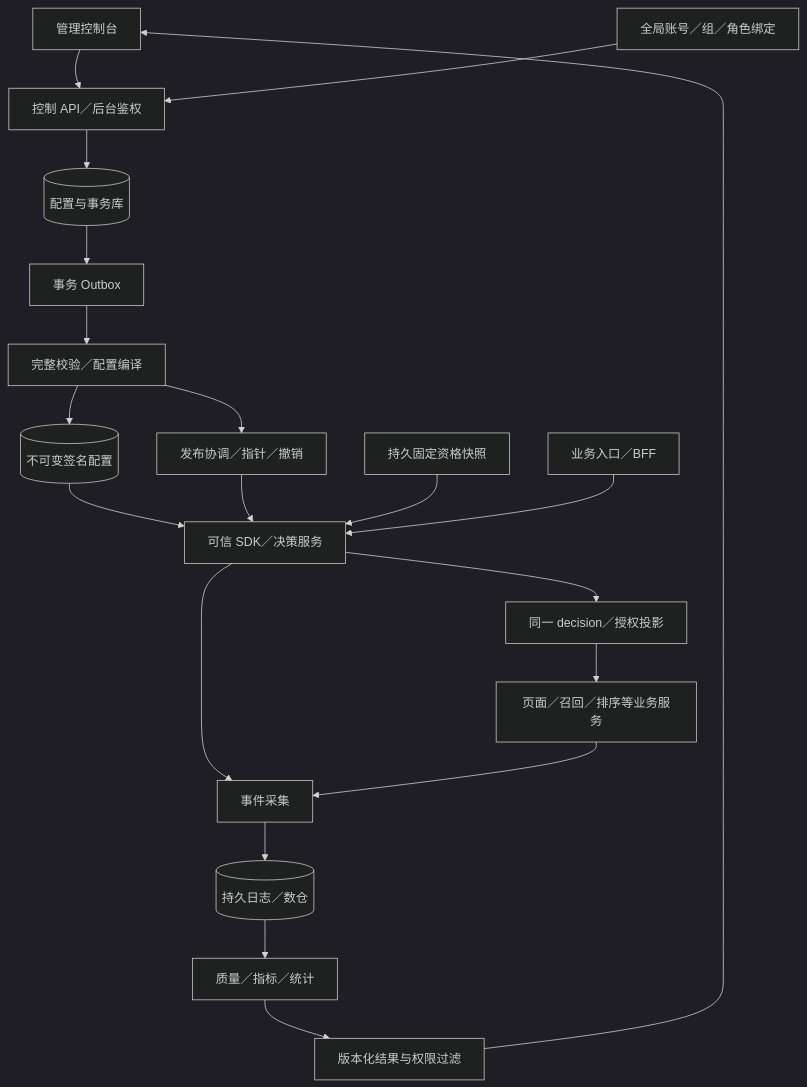
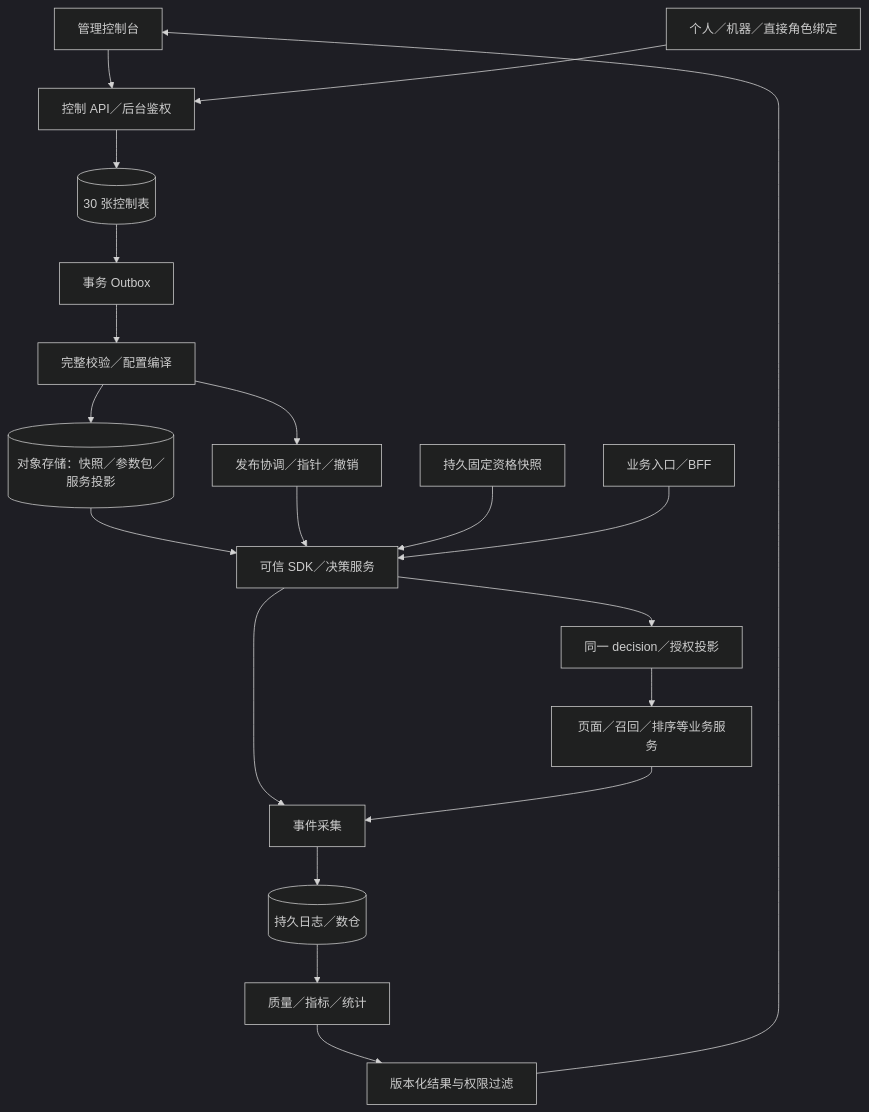
One commit to wangxwit/abtest changed the diagram in docs/ARCHITECTURE-企业AB实验平台.md. Above: the diagram before and after it, drawn with Mermaid (dark theme). The commit also changed other lines of this file and 19 other files, not shown here.

````diff
--- a/docs/ARCHITECTURE-企业AB实验平台.md
+++ b/docs/ARCHITECTURE-企业AB实验平台.md
@@ -19,22 +30,22 @@
 ```mermaid
 flowchart TB
   UI[管理控制台] --> API[控制 API／后台鉴权]
-  IAM[全局账号／组／角色绑定] --> API
-  API --> DB[(配置与事务库)]
+  IAM[个人／机器／直接角色绑定] --> API
+  API --> DB[(30 张控制表)]
   DB --> Outbox[事务 Outbox]
   Outbox --> Compiler[完整校验／配置编译]
-  Compiler --> Store[(不可变签名配置)]
+  Compiler --> Store[(对象存储：快照／参数包／服务投影)]
   Compiler --> Release[发布协调／指针／撤销]
   Store --> SDK[可信 SDK／决策服务]
   Release --> SDK
   Profile[持久固定资格快照] --> SDK
   Entry[业务入口／BFF] --> SDK
   SDK --> Context[同一 decision／授权投影]
   Context --> Services[页面／召回／排序等业务服务]
   SDK --> Events[事件采集]
   Services --> Events
   Events --> Log[(持久日志／数仓)]
   Log --> Analysis[质量／指标／统计]
   Analysis --> Result[版本化结果与权限过滤]
   Result --> UI
 ```
````
